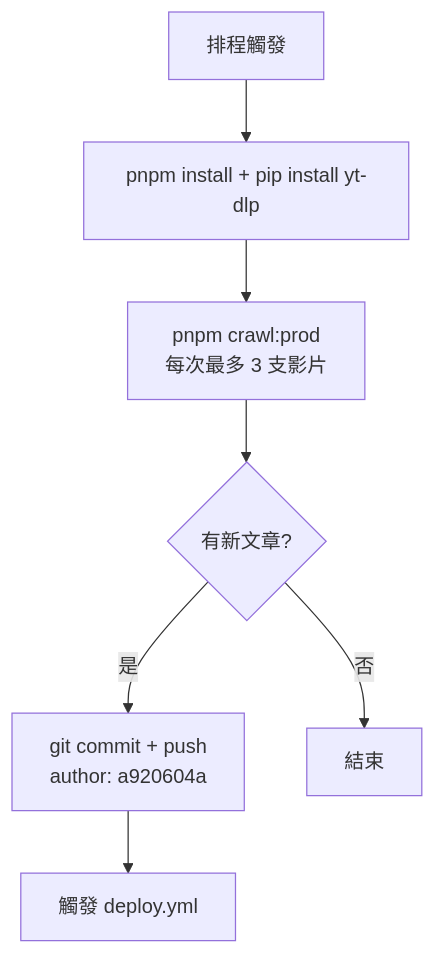
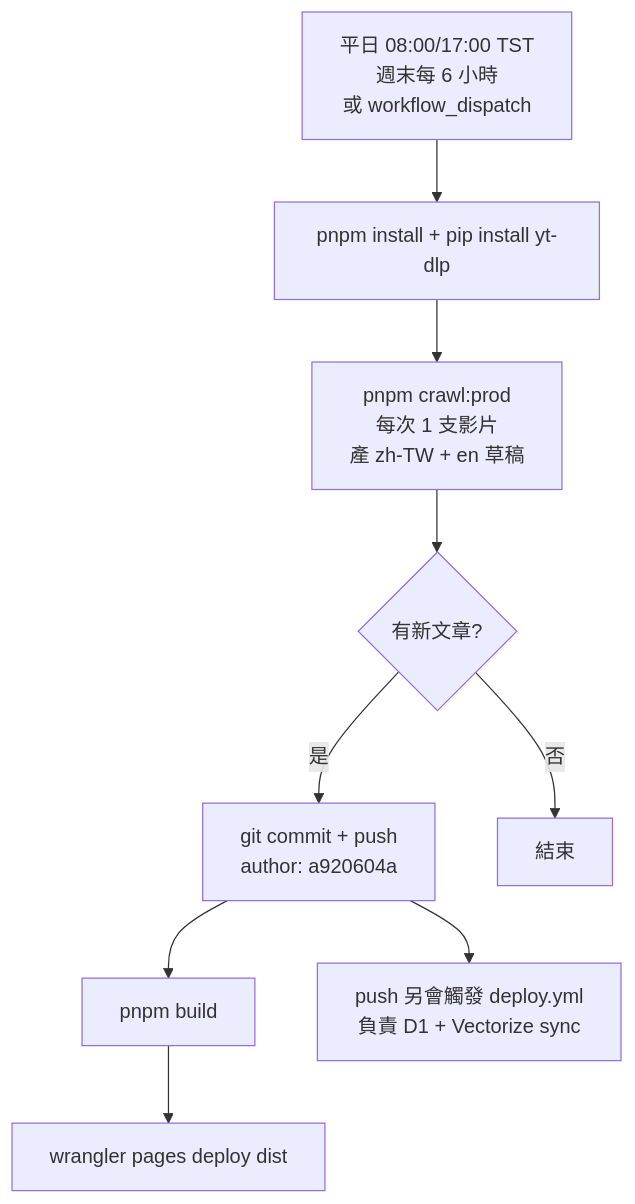
One commit to a920604a/engineernews changed the second of 3 diagrams in docs/deployment.md. Above: the diagram before and after it, drawn with Mermaid. The commit also changed other lines of this file and 31 other files, not shown here.

````diff
--- a/docs/deployment.md
+++ b/docs/deployment.md
@@ -22,9 +24,11 @@
 ```mermaid
 flowchart TD
-  Cron[排程觸發] --> Install[pnpm install + pip install yt-dlp]
-  Install --> Crawl[pnpm crawl:prod\n每次最多 3 支影片]
+  Cron[平日 08:00/17:00 TST\n週末每 6 小時\n或 workflow_dispatch] --> Install[pnpm install + pip install yt-dlp]
+  Install --> Crawl[pnpm crawl:prod\n每次 1 支影片\n產 zh-TW + en 草稿]
   Crawl --> Check{有新文章?}
   Check -- 是 --> Commit[git commit + push\nauthor: a920604a]
   Check -- 否 --> End[結束]
-  Commit --> Deploy[觸發 deploy.yml]
+  Commit --> Build[pnpm build]
+  Build --> Deploy[wrangler pages deploy dist]
+  Commit --> DeployCI[push 另會觸發 deploy.yml\n負責 D1 + Vectorize sync]
 ```
````
